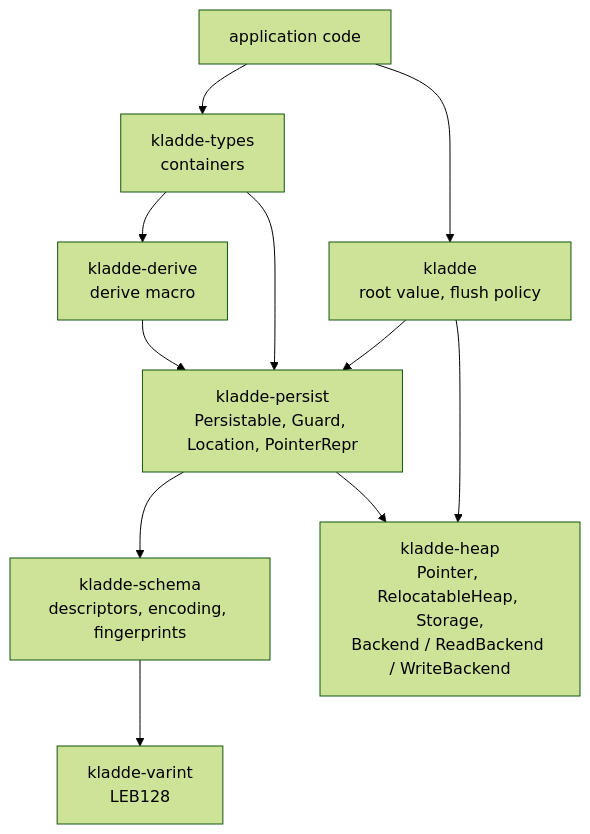
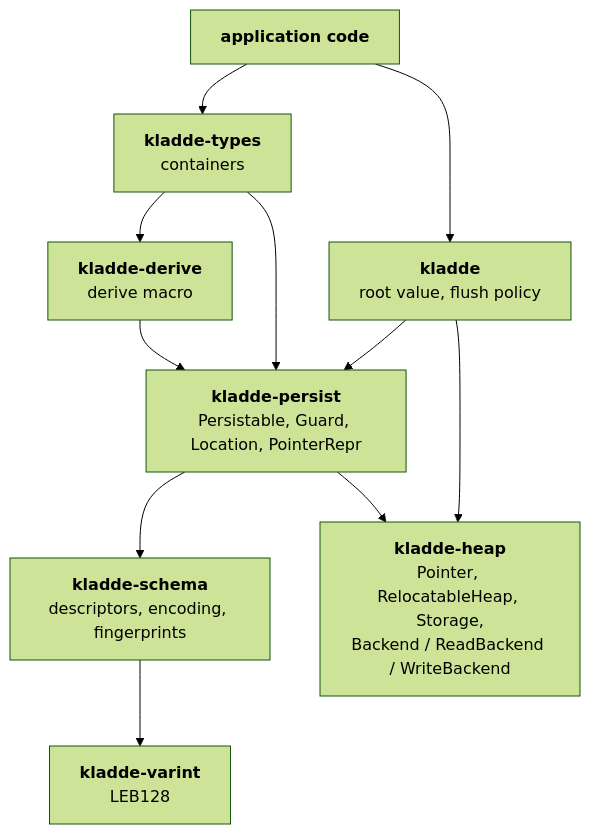
One commit to kladde-dev/kladde-docs changed the diagram in content/rust/design/index.md. Above: the diagram before and after it, drawn with Mermaid (forest theme).

Commit message:
Bold the crate names in the stack diagram, and pin its edge order
The declaration order of the two edges leaving `kladde-types` is load-bearing:
the layout engine honours model order, and with `T --> D` first it routes the
types-to-persist edge straight through the derive box, where the only visible
part of it lies exactly under derive-to-persist. The edge looks missing rather
than misrouted, which is why the comment says so -- it is the kind of thing
that gets tidied back.

````diff
--- a/content/rust/design/index.md
+++ b/content/rust/design/index.md
@@ -24,21 +24,25 @@
 ```mermaid
 graph TD
-  APP["application code"]
-  K["kladde<br/>root value, flush policy"]
-  T["kladde-types<br/>containers"]
-  D["kladde-derive<br/>derive macro"]
-  P["kladde-persist<br/>Persistable, Guard, Location, PointerRepr"]
-  S["kladde-schema<br/>descriptors, encoding, fingerprints"]
-  V["kladde-varint<br/>LEB128"]
-  H["kladde-heap<br/>Pointer, RelocatableHeap, Storage,<br/>Backend / ReadBackend / WriteBackend"]
+  APP["<strong>application code</strong>"]
+  K["<strong>kladde</strong><br/>root value, flush policy"]
+  T["<strong>kladde-types</strong><br/>containers"]
+  D["<strong>kladde-derive</strong><br/>derive macro"]
+  P["<strong>kladde-persist</strong><br/>Persistable, Guard, Location, PointerRepr"]
+  S["<strong>kladde-schema</strong><br/>descriptors, encoding, fingerprints"]
+  V["<strong>kladde-varint</strong><br/>LEB128"]
+  H["<strong>kladde-heap</strong><br/>Pointer, RelocatableHeap, Storage,<br/>Backend / ReadBackend / WriteBackend"]
   APP --> K
   APP --> T
   K --> P
   K --> H
+  %% T --> P is declared before T --> D deliberately: the layout engine we use
+  %% to render PDFs (beautiful-mermaid) honours declaration order, and the
+  %% other way round it routes the types->persist edge straight through the
+  %% derive box, where it is invisible underneath derive->persist.
+  T --> P
   T --> D
-  T --> P
   D --> P
   P --> S
   P --> H
   S --> V
 ```
````
